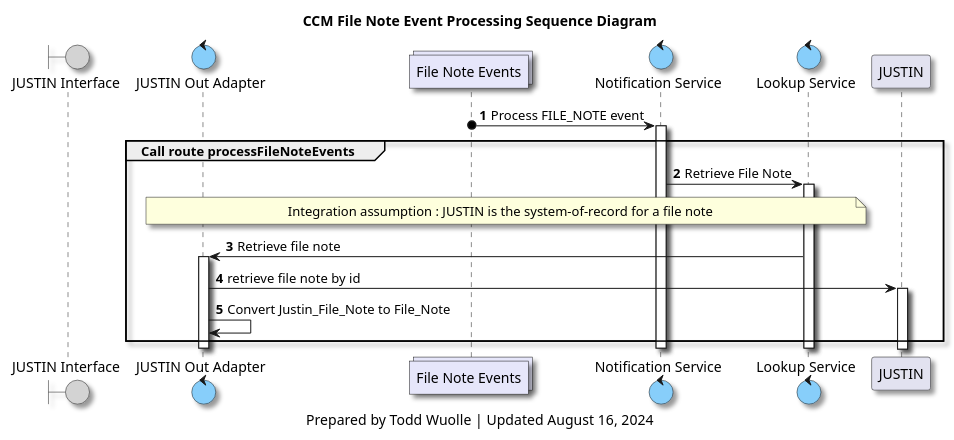
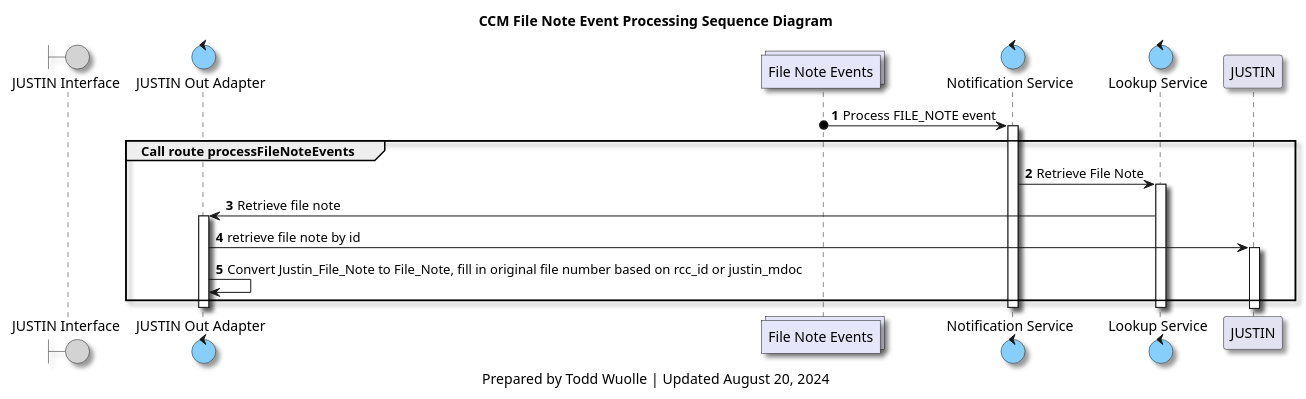
Before and after one commit to bcgov/jpss-jade-ccm: the diagram in diagrams/ccm_file_note_add_processing_sequence_diagram.plantuml, drawn with PlantUML.

Commit message:
JADE-2909: finished off file note add

```diff
--- a/diagrams/ccm_file_note_add_processing_sequence_diagram.plantuml
+++ b/diagrams/ccm_file_note_add_processing_sequence_diagram.plantuml
@@ -1,122 +1,51 @@
 @startuml
 'hide footbox
 
 skinparam Shadowing true
 skinparam CollectionsBackgroundColor Lavender
 skinparam ControlBackgroundColor LightSkyBlue
 skinparam BoundaryBackgroundColor LightGrey
 
 /' 
 Available colours
 https://plantuml-documentation.readthedocs.io/en/latest/formatting/color-names.html
 '/
 
 boundary j_interface as "JUSTIN Interface"
 control j_adapter as "JUSTIN Out Adapter"
 collections inferred_file_note_topic as "File Note Events"
 control notification_service as "Notification Service"
 control lookup_service as "Lookup Service"
 
 title
 CCM File Note Event Processing Sequence Diagram
 end title
 
 autonumber
 
 inferred_file_note_topic o-> notification_service : Process FILE_NOTE event
 activate notification_service
 
 group Call route processFileNoteEvents
 notification_service -> lookup_service : Retrieve File Note
 activate lookup_service
-note over lookup_service , j_adapter
-Integration assumption : JUSTIN is the system-of-record for a file note
-end note 
+
 lookup_service -> j_adapter : Retrieve file note
 activate j_adapter
 
 j_adapter -> JUSTIN : retrieve file note by id
 activate JUSTIN
-j_adapter->j_adapter : Convert Justin_File_Note to File_Note
+j_adapter->j_adapter : Convert Justin_File_Note to File_Note, fill in original file number based on rcc_id or justin_mdoc
 
 end group
 
-/'group Call route processCourtCaseAuthListChanged
-
-    notification_service -> lookup_service: Check case exists
-    activate lookup_service
-    note over lookup_service, d_adapter
-    Integration assumption: DEMS is the system-of-record
-    for whether a court case already exists or not
-    end note
-    lookup_service -> d_adapter: Check case existence in DEMS
-    activate d_adapter
-    d_adapter -> d_adapter: Convert data from Business to System (DEMS) model
-    d_adapter -> d_interface: Check case existence in DEMS
-    activate d_interface
-
-    break Case not found - end processing
-    d_interface --> d_adapter: Case not found
-    deactivate d_interface
-    d_adapter --> lookup_service: Case not found
-    lookup_service --> notification_service: Case not found
-    deactivate lookup_service
-    deactivate d_adapter
-    end break
-
-    group Call route processCourtCaseAuthListUpdated
-
-        notification_service -> lookup_service: Retrieve court case authorized user list
-        activate lookup_service
-        lookup_service -> j_adapter: Retrieve court case authorized user list from JUSTIN
-
-        activate j_adapter
-        j_adapter -> j_adapter: Convert data from Business to System (JUSTIN) model
-        j_adapter -> j_interface: Call getAuthUsers()
-        activate j_interface
-        j_interface --> j_adapter: Auth user list details
-        deactivate j_interface
-        j_adapter -> j_adapter: Convert data from System (JUSTIN) to Business model
-        j_adapter --> lookup_service: Auth user list details
-        deactivate j_adapter
-
-        lookup_service --> notification_service: Auth user list details details
-        deactivate lookup_service
-
-        notification_service -> d_adapter: Sync case users
-        activate d_adapter
-        d_adapter -> d_adapter: Convert data from Business to System (DEMS) model
-        d_adapter -> d_interface: Sync case users in DEMS
-        activate d_interface
-        d_interface --> d_adapter: Acknowledged
-        deactivate d_interface
-        d_adapter --> notification_service: Acknowledged
-        deactivate d_adapter
-
-        notification_service -> d_adapter: Sync case group members
-        activate d_adapter
-        d_adapter -> d_adapter: Convert data from Business to System (DEMS) model
-        d_adapter -> d_interface: Retrieve case-specific group name / id list
-        activate d_interface
-        d_interface --> d_adapter: Case-specific user group name / id list
-        deactivate d_interface
-        loop For every case-specific user group
-            d_adapter -> d_interface: Sync case group members in DEMS
-            activate d_interface
-            d_interface --> d_adapter: Acknowledged
-            deactivate d_interface
-        end
-        d_adapter --> notification_service: Acknowledged
-        deactivate d_adapter
-    end group
-end group'/
 
 deactivate notification_service
 deactivate lookup_service
 deactivate j_adapter
 deactivate j_interface
 
 caption
-Prepared by Todd Wuolle | Updated August 16, 2024
+Prepared by Todd Wuolle | Updated August 20, 2024
 end caption
 @enduml
```
